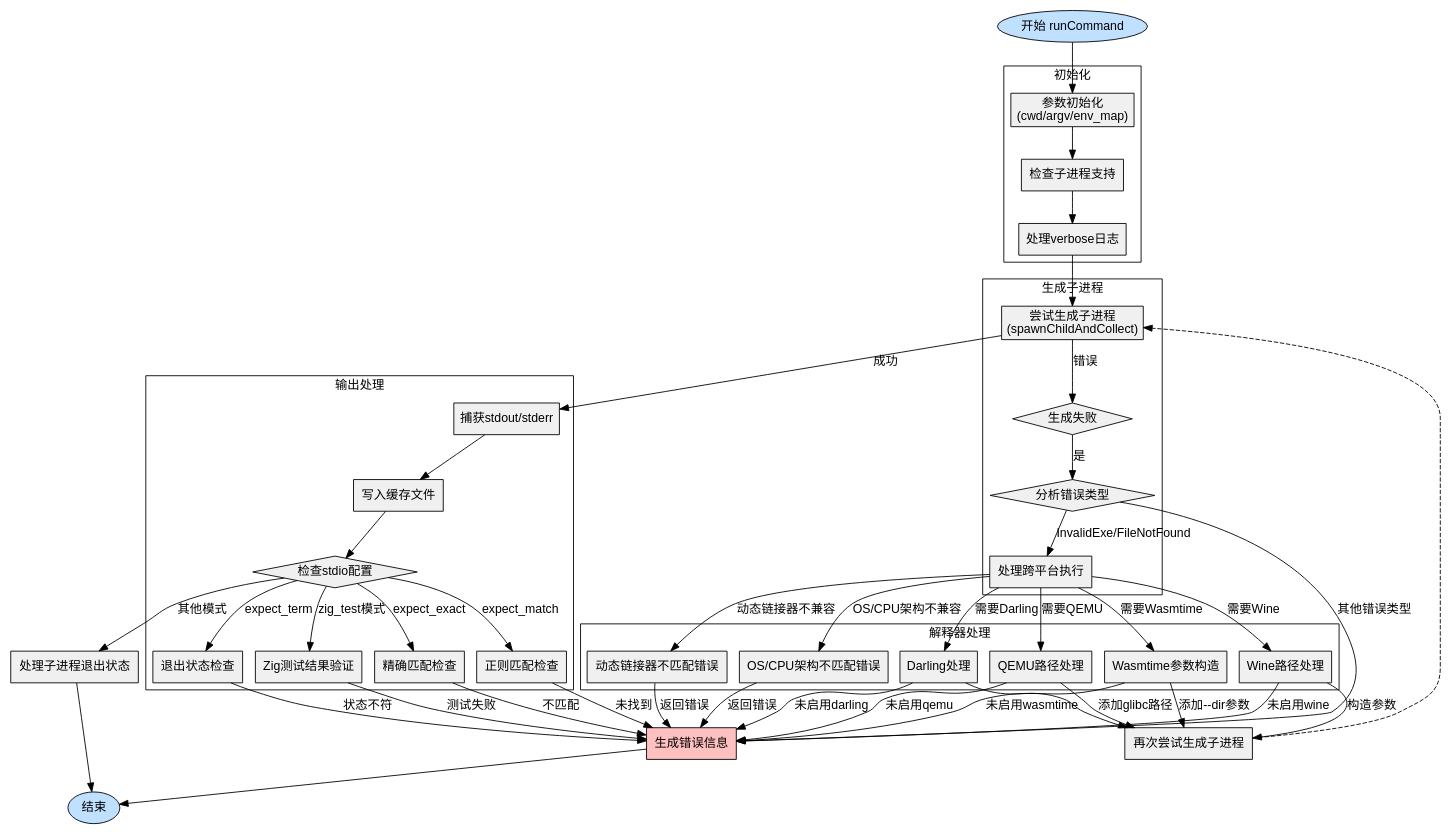
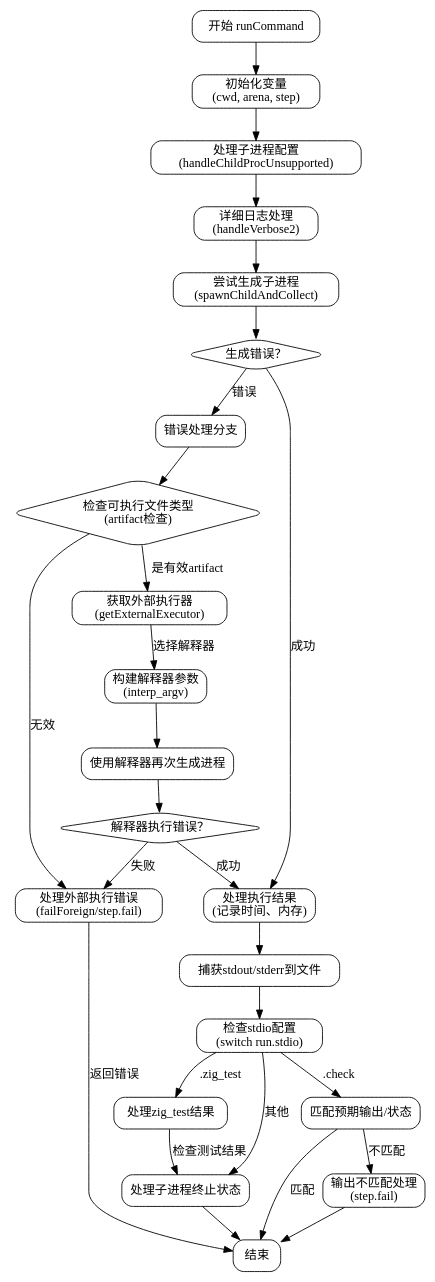
The diagram in dot_std/Build/Step/Run.zig.runCommand.md (sdzx-1/deepseek-zig-reader), drawn with Graphviz before and after one commit. The commit also changed other lines of this file and 236 other files, not shown here.

````diff
--- a/dot_std/Build/Step/Run.zig.runCommand.md
+++ b/dot_std/Build/Step/Run.zig.runCommand.md
@@ -29,98 +35,67 @@
 ```dot
 digraph runCommand {
-    graph [fontname="Arial", nodesep=0.2, ranksep=0.5];
-    node [fontname="Arial", shape=rectangle, style=filled, fillcolor="#f0f0f0"];
-    edge [fontname="Arial"];
+    node [shape=rectangle, style=rounded];
 
-    start [label="开始 runCommand", shape=ellipse, fillcolor="#c0e0ff"];
-    end [label="结束", shape=ellipse, fillcolor="#c0e0ff"];
+    start [label="开始 runCommand"];
+    init_vars [label="初始化变量\n(cwd, arena, step)"];
+    handle_child_proc [label="处理子进程配置\n(handleChildProcUnsupported)"];
+    verbose_logging [label="详细日志处理\n(handleVerbose2)"];
+    spawn_child [label="尝试生成子进程\n(spawnChildAndCollect)"];
+    check_spawn_error [label="生成错误？", shape=diamond];
     
-    subgraph cluster_init {
-        label="初始化";
-        init1 [label="参数初始化\n(cwd/argv/env_map)"];
-        init2 [label="检查子进程支持"];
-        init3 [label="处理verbose日志"];
-    }
+    error_handling [label="错误处理分支"];
+    check_exe_type [label="检查可执行文件类型\n(artifact检查)", shape=diamond];
+    get_external_executor [label="获取外部执行器\n(getExternalExecutor)"];
+    interp_argv_setup [label="构建解释器参数\n(interp_argv)"];
+    spawn_with_interpreter [label="使用解释器再次生成进程"];
+    check_interpreter_error [label="解释器执行错误？", shape=diamond];
+    handle_foreign_error [label="处理外部执行错误\n(failForeign/step.fail)"];
+    
+    process_results [label="处理执行结果\n(记录时间、内存)"];
+    capture_output [label="捕获stdout/stderr到文件"];
+    check_stdio_checks [label="检查stdio配置\n(switch run.stdio)"];
+    
+    expect_match [label="匹配预期输出/状态"];
+    handle_mismatch [label="输出不匹配处理\n(step.fail)"];
+    handle_zig_test [label="处理zig_test结果"];
+    handle_child_term [label="处理子进程终止状态"];
+    end [label="结束"];
 
-    subgraph cluster_spawn {
-        label="生成子进程";
-        spawn1 [label="尝试生成子进程\n(spawnChildAndCollect)"];
-        spawn_error [label="生成失败", shape=diamond];
-        interpret [label="分析错误类型", shape=diamond];
-        handle_foreign [label="处理跨平台执行"];
-    }
+    // 主流程
+    start -> init_vars -> handle_child_proc -> verbose_logging -> spawn_child;
+    spawn_child -> check_spawn_error;
+    
+    // 错误处理分支
+    check_spawn_error -> error_handling [label="错误"];
+    error_handling -> check_exe_type;
+    
+    check_exe_type -> get_external_executor [label="是有效artifact"];
+    check_exe_type -> handle_foreign_error [label="无效"];
+    
+    get_external_executor -> interp_argv_setup [label="选择解释器"];
+    interp_argv_setup -> spawn_with_interpreter;
+    spawn_with_interpreter -> check_interpreter_error;
+    
+    check_interpreter_error -> process_results [label="成功"];
+    check_interpreter_error -> handle_foreign_error [label="失败"];
+    
+    // 正常流程
+    check_spawn_error -> process_results [label="成功"];
+    process_results -> capture_output -> check_stdio_checks;
+    
+    // 检查stdio配置分支
+    check_stdio_checks -> expect_match [label=".check"];
+    check_stdio_checks -> handle_zig_test [label=".zig_test"];
+    check_stdio_checks -> handle_child_term [label="其他"];
+    
+    expect_match -> handle_mismatch [label="不匹配"];
+    expect_match -> end [label="匹配"];
+    handle_mismatch -> end;
+    
+    handle_zig_test -> handle_child_term [label="检查测试结果"];
+    handle_child_term -> end;
 
-    subgraph cluster_interpreters {
-        label="解释器处理";
-        wine [label="Wine路径处理"];
-        qemu [label="QEMU路径处理"];
-        darling [label="Darling处理"];
-        wasmtime [label="Wasmtime参数构造"];
-        bad_dl [label="动态链接器不匹配错误"];
-        bad_os [label="OS/CPU架构不匹配错误"];
-    }
-
-    subgraph cluster_output {
-        label="输出处理";
-        capture_out [label="捕获stdout/stderr"];
-        write_files [label="写入缓存文件"];
-        check_stdio [label="检查stdio配置", shape=diamond];
-        check_exact [label="精确匹配检查"];
-        check_match [label="正则匹配检查"];
-        check_term [label="退出状态检查"];
-        zig_test [label="Zig测试结果验证"];
-    }
-
-    start -> init1;
-    init1 -> init2 -> init3 -> spawn1;
-
-    spawn1 -> spawn_error [label="错误"];
-    spawn_error -> interpret [label="是"];
-    interpret -> handle_foreign [label="InvalidExe/FileNotFound"];
-
-    handle_foreign -> wine [label="需要Wine"];
-    handle_foreign -> qemu [label="需要QEMU"];
-    handle_foreign -> darling [label="需要Darling"];
-    handle_foreign -> wasmtime [label="需要Wasmtime"];
-    handle_foreign -> bad_dl [label="动态链接器不兼容"];
-    handle_foreign -> bad_os [label="OS/CPU架构不兼容"];
-    
-    wine -> retry_spawn [label="构造参数"];
-    qemu -> retry_spawn [label="添加glibc路径"];
-    darling -> retry_spawn;
-    wasmtime -> retry_spawn [label="添加--dir参数"];
-    bad_dl -> error_node [label="返回错误"];
-    bad_os -> error_node [label="返回错误"];
-
-    retry_spawn [label="再次尝试生成子进程"];
-    retry_spawn -> spawn1 [style=dashed];
-
-    spawn1 -> capture_out [label="成功"];
-    capture_out -> write_files;
-    write_files -> check_stdio;
-
-    check_stdio -> check_exact [label="expect_exact"];
-    check_stdio -> check_match [label="expect_match"];
-    check_stdio -> check_term [label="expect_term"];
-    check_stdio -> zig_test [label="zig_test模式"];
-    check_stdio -> handle_term [label="其他模式"];
-
-    check_exact -> error_node [label="不匹配"];
-    check_match -> error_node [label="未找到"];
-    check_term -> error_node [label="状态不符"];
-    zig_test -> error_node [label="测试失败"];
-    
-    handle_term [label="处理子进程退出状态"];
-    handle_term -> end;
-
-    error_node [label="生成错误信息", fillcolor="#ffc0c0"];
-    error_node -> end;
-
-    // 异常路径连接
-    interpret -> error_node [label="其他错误类型"];
-    wine -> error_node [label="未启用wine"];
-    qemu -> error_node [label="未启用qemu"];
-    darling -> error_node [label="未启用darling"];
-    wasmtime -> error_node [label="未启用wasmtime"];
+    // 错误路径统一处理
+    handle_foreign_error -> end [label="返回错误"];
 }
-```
+``` 
````
